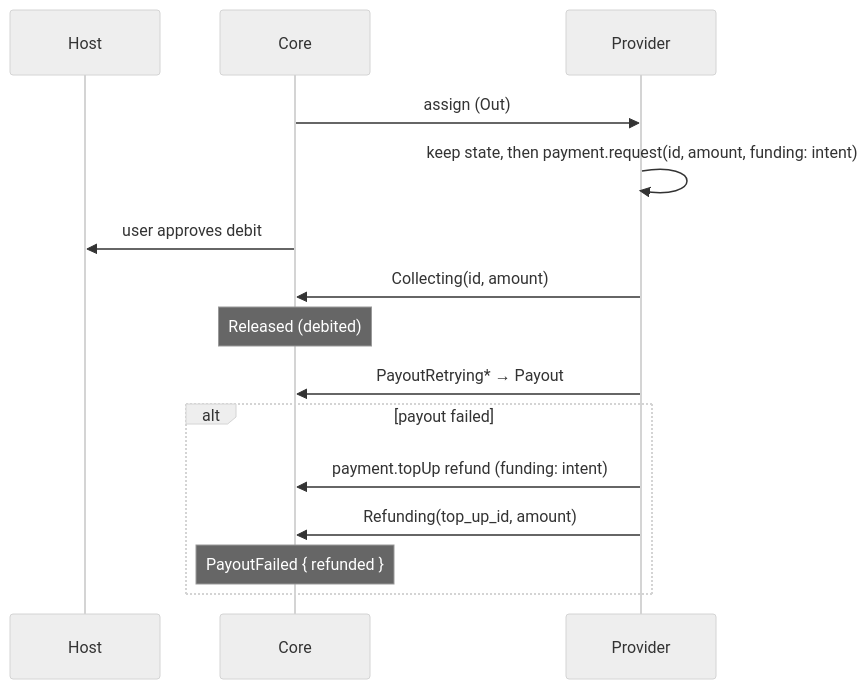
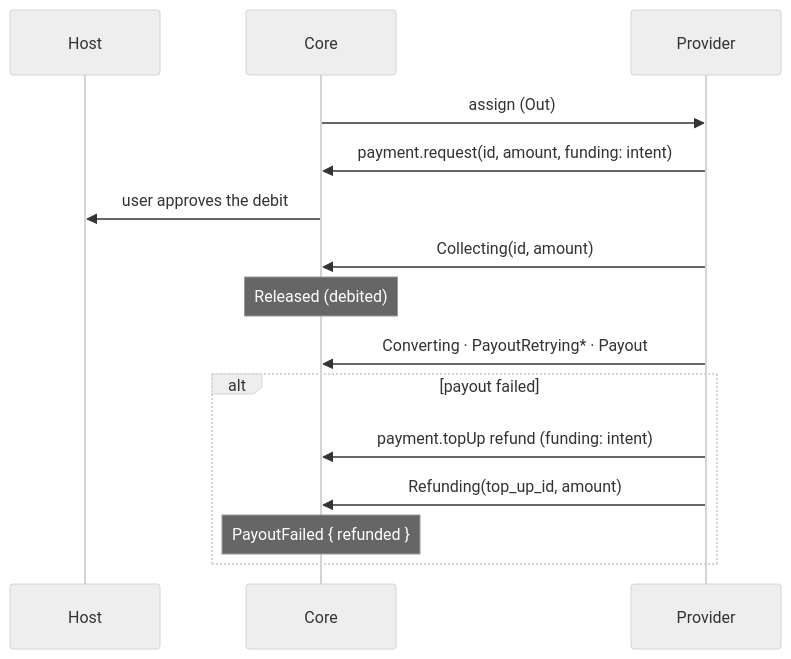
Before and after one commit to paritytech/trinity-user-agents: the fifth of 10 diagrams in docs/design/funding-modality.md, drawn with Mermaid (neutral theme). The commit also changed other lines of this file and 1 other file, not shown here.

Commit message:
docs(funding): schematics first, host reads back what changed

````diff
--- a/docs/design/funding-modality.md
+++ b/docs/design/funding-modality.md
@@ -149,17 +133,17 @@
 ```mermaid
 sequenceDiagram
   participant H as Host
   participant C as Core
   participant W as Provider
   C->>W: assign (Out)
-  W->>W: keep state, then payment.request(id, amount, funding: intent)
-  C->>H: user approves debit
+  W->>C: payment.request(id, amount, funding: intent)
+  C->>H: user approves the debit
   W->>C: Collecting(id, amount)
   Note over C: Released (debited)
-  W->>C: PayoutRetrying* → Payout
+  W->>C: Converting · PayoutRetrying* · Payout
   alt payout failed
     W->>C: payment.topUp refund (funding: intent)
     W->>C: Refunding(top_up_id, amount)
     Note over C: PayoutFailed { refunded }
   end
 ```
````
